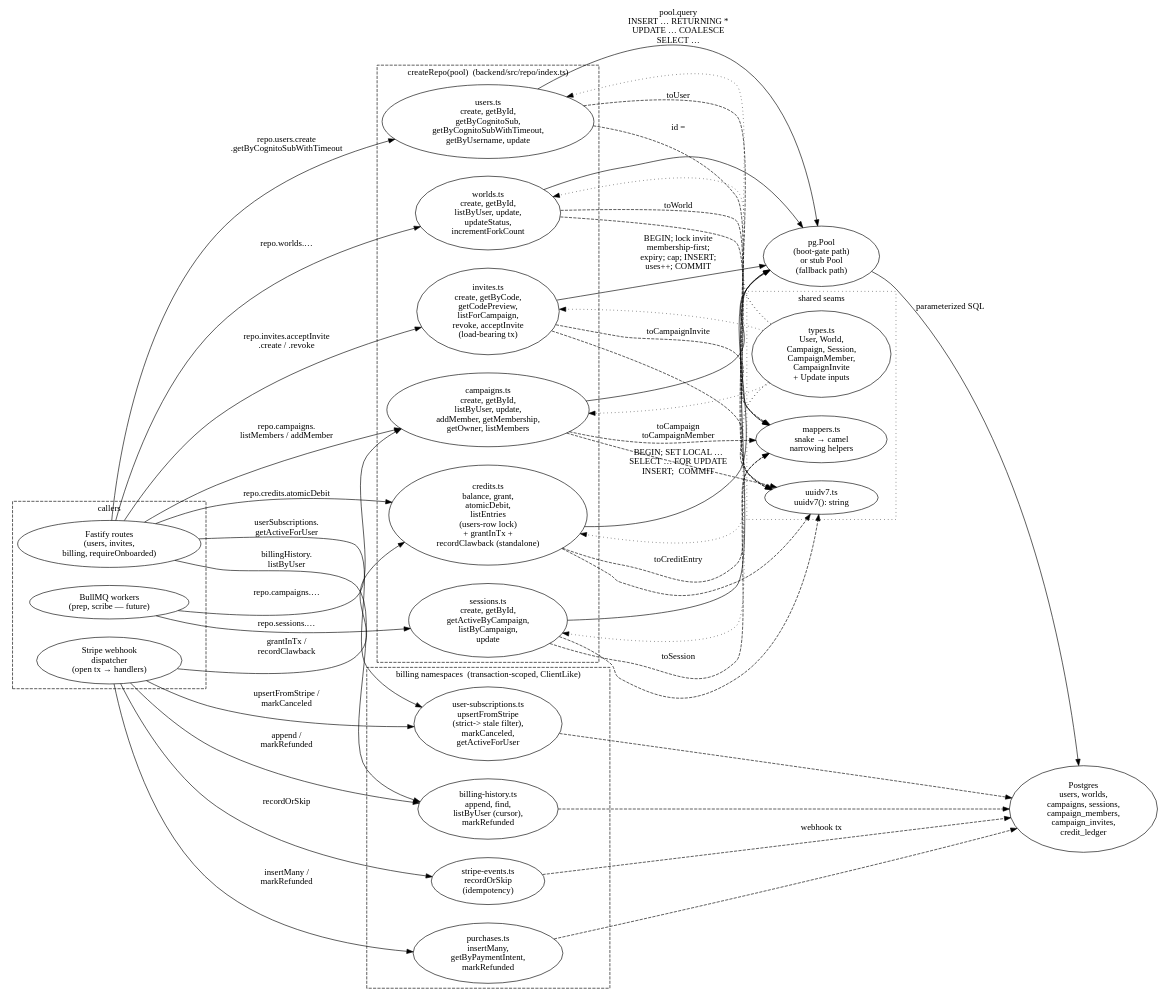
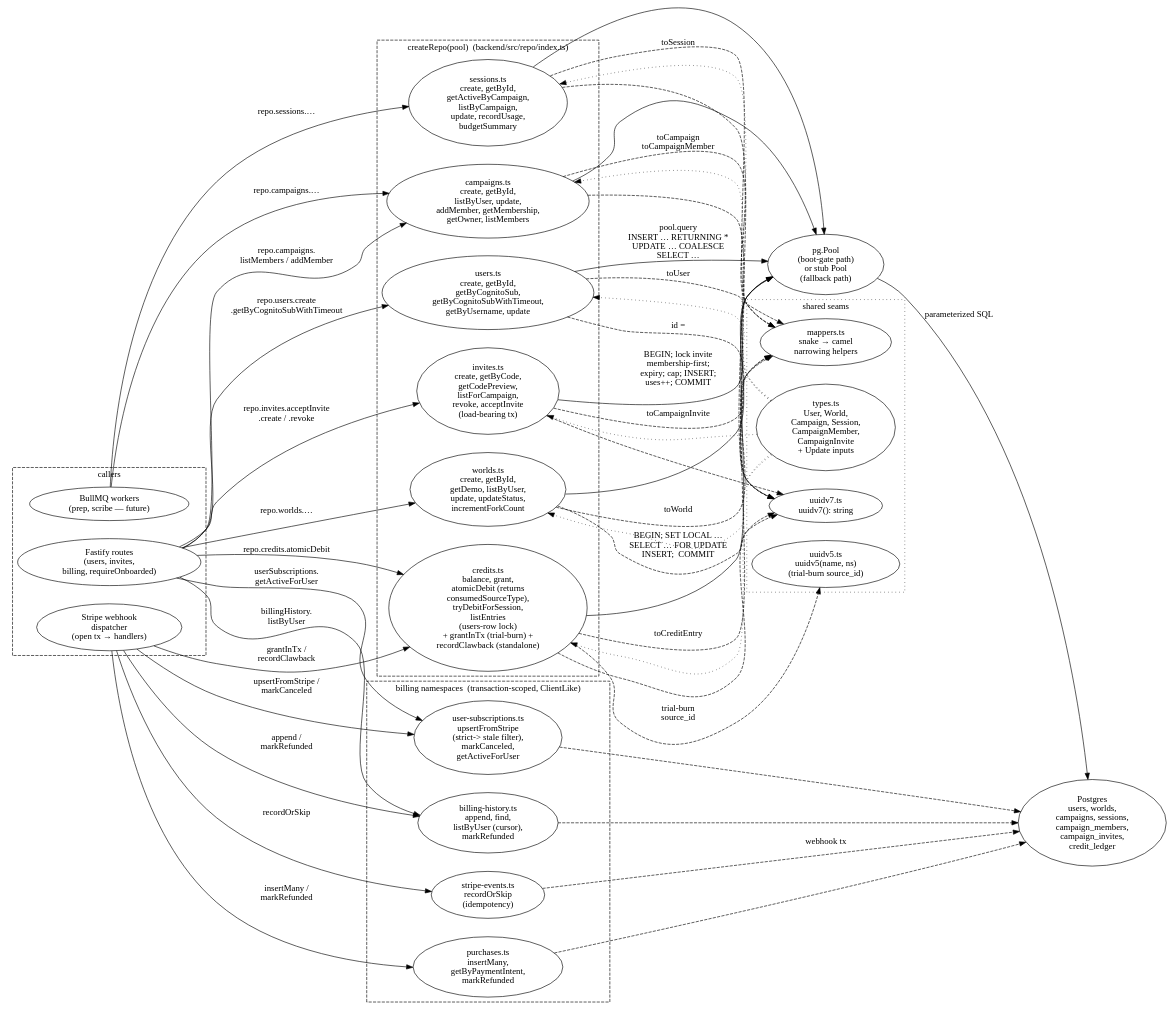
The diagram in docs/wiki/diagrams/data/repository.dot (mythrun/mythrun), drawn with Graphviz before and after one commit. The commit also changed 29 other files, not shown here.

```diff
--- a/docs/wiki/diagrams/data/repository.dot
+++ b/docs/wiki/diagrams/data/repository.dot
@@ -1,108 +1,110 @@
 digraph repository {
   // The repository layer: a closure-based factory over a single pg.Pool that
   // returns one namespace object per top-level table cluster. Routes, services,
   // and workers call repo.<namespace>.<method>; the namespace functions own the
   // SQL, the parameter binding, and the snake_case→camelCase mapping.
   rankdir=LR;
   compound=true;
   nodesep=0.4;
   ranksep=0.7;
 
   subgraph cluster_callers {
     label="callers";
     style="dashed";
     color="ember";
     fontcolor="ember";
 
     routes  [label="Fastify routes\n(users, invites,\nbilling, requireOnboarded)"];
     webhook [label="Stripe webhook\ndispatcher\n(open tx → handlers)"];
     workers [label="BullMQ workers\n(prep, scribe — future)"];
   }
 
   subgraph cluster_factory {
     label="createRepo(pool)  (backend/src/repo/index.ts)";
     style="dashed";
     color="ember";
     fontcolor="ember";
 
     users     [label="users.ts\ncreate, getById,\ngetByCognitoSub,\ngetByCognitoSubWithTimeout,\ngetByUsername, update"];
-    worlds    [label="worlds.ts\ncreate, getById,\nlistByUser, update,\nupdateStatus,\nincrementForkCount"];
+    worlds    [label="worlds.ts\ncreate, getById,\ngetDemo, listByUser,\nupdate, updateStatus,\nincrementForkCount"];
     camps     [label="campaigns.ts\ncreate, getById,\nlistByUser, update,\naddMember, getMembership,\ngetOwner, listMembers"];
-    sessions  [label="sessions.ts\ncreate, getById,\ngetActiveByCampaign,\nlistByCampaign,\nupdate"];
-    credits   [label="credits.ts\nbalance, grant,\natomicDebit,\nlistEntries\n(users-row lock)\n+ grantInTx +\nrecordClawback (standalone)"];
+    sessions  [label="sessions.ts\ncreate, getById,\ngetActiveByCampaign,\nlistByCampaign,\nupdate, recordUsage,\nbudgetSummary"];
+    credits   [label="credits.ts\nbalance, grant,\natomicDebit (returns\nconsumedSourceType),\ntryDebitForSession,\nlistEntries\n(users-row lock)\n+ grantInTx (trial-burn) +\nrecordClawback (standalone)"];
     invites   [label="invites.ts\ncreate, getByCode,\ngetCodePreview,\nlistForCampaign,\nrevoke, acceptInvite\n(load-bearing tx)"];
   }
 
   subgraph cluster_billing_ns {
     label="billing namespaces  (transaction-scoped, ClientLike)";
     style="dashed";
     color="ember";
     fontcolor="ember";
 
     se   [label="stripe-events.ts\nrecordOrSkip\n(idempotency)"];
     pur  [label="purchases.ts\ninsertMany,\ngetByPaymentIntent,\nmarkRefunded"];
     us   [label="user-subscriptions.ts\nupsertFromStripe\n(strict-> stale filter),\nmarkCanceled,\ngetActiveForUser"];
     bh   [label="billing-history.ts\nappend, find,\nlistByUser (cursor),\nmarkRefunded"];
   }
 
   subgraph cluster_seams {
     label="shared seams";
     style="dotted";
 
     uuid    [label="uuidv7.ts\nuuidv7(): string"];
+    uuid5   [label="uuidv5.ts\nuuidv5(name, ns)\n(trial-burn source_id)"];
     types   [label="types.ts\nUser, World,\nCampaign, Session,\nCampaignMember,\nCampaignInvite\n+ Update inputs"];
     mappers [label="mappers.ts\nsnake → camel\nnarrowing helpers"];
   }
 
   pool   [label="pg.Pool\n(boot-gate path)\nor stub Pool\n(fallback path)", color="ember", fontcolor="ember"];
   db     [label="Postgres\nusers, worlds,\ncampaigns, sessions,\ncampaign_members,\ncampaign_invites,\ncredit_ledger", color="ember", fontcolor="ember"];
 
   routes  -> users    [label="repo.users.create\n.getByCognitoSubWithTimeout"];
   routes  -> worlds   [label="repo.worlds.…"];
   routes  -> credits  [label="repo.credits.atomicDebit"];
   routes  -> invites  [label="repo.invites.acceptInvite\n.create / .revoke"];
   routes  -> camps    [label="repo.campaigns.\nlistMembers / addMember"];
   routes  -> us       [label="userSubscriptions.\ngetActiveForUser"];
   routes  -> bh       [label="billingHistory.\nlistByUser"];
   webhook -> se       [label="recordOrSkip"];
   webhook -> pur      [label="insertMany /\nmarkRefunded"];
   webhook -> us       [label="upsertFromStripe /\nmarkCanceled"];
   webhook -> bh       [label="append /\nmarkRefunded"];
   webhook -> credits  [label="grantInTx /\nrecordClawback"];
   workers -> camps    [label="repo.campaigns.…"];
   workers -> sessions [label="repo.sessions.…"];
 
   users    -> uuid    [label="id =", style=dashed];
   worlds   -> uuid    [label="", style=dashed];
   camps    -> uuid    [label="", style=dashed];
   sessions -> uuid    [label="", style=dashed];
   credits  -> uuid    [label="", style=dashed];
+  credits  -> uuid5   [label="trial-burn\nsource_id", style=dashed];
   invites  -> uuid    [label="", style=dashed];
 
   users    -> mappers [label="toUser", style=dashed];
   worlds   -> mappers [label="toWorld", style=dashed];
   camps    -> mappers [label="toCampaign\ntoCampaignMember", style=dashed];
   sessions -> mappers [label="toSession", style=dashed];
   credits  -> mappers [label="toCreditEntry", style=dashed];
   invites  -> mappers [label="toCampaignInvite", style=dashed];
 
   users    -> pool    [label="pool.query\nINSERT … RETURNING *\nUPDATE … COALESCE\nSELECT …"];
   worlds   -> pool    [label=""];
   camps    -> pool    [label=""];
   sessions -> pool    [label=""];
   credits  -> pool    [label="BEGIN; SET LOCAL …\nSELECT … FOR UPDATE\nINSERT;  COMMIT"];
   invites  -> pool    [label="BEGIN; lock invite\nmembership-first;\nexpiry; cap; INSERT;\nuses++; COMMIT"];
 
   pool    -> db       [label="parameterized SQL"];
   se   -> db [label="webhook tx", style=dashed];
   pur  -> db [label="", style=dashed];
   us   -> db [label="", style=dashed];
   bh   -> db [label="", style=dashed];
 
   types -> users    [label="", style=dotted];
   types -> worlds   [label="", style=dotted];
   types -> camps    [label="", style=dotted];
   types -> sessions [label="", style=dotted];
   types -> credits  [label="", style=dotted];
   types -> invites  [label="", style=dotted];
 }
```
